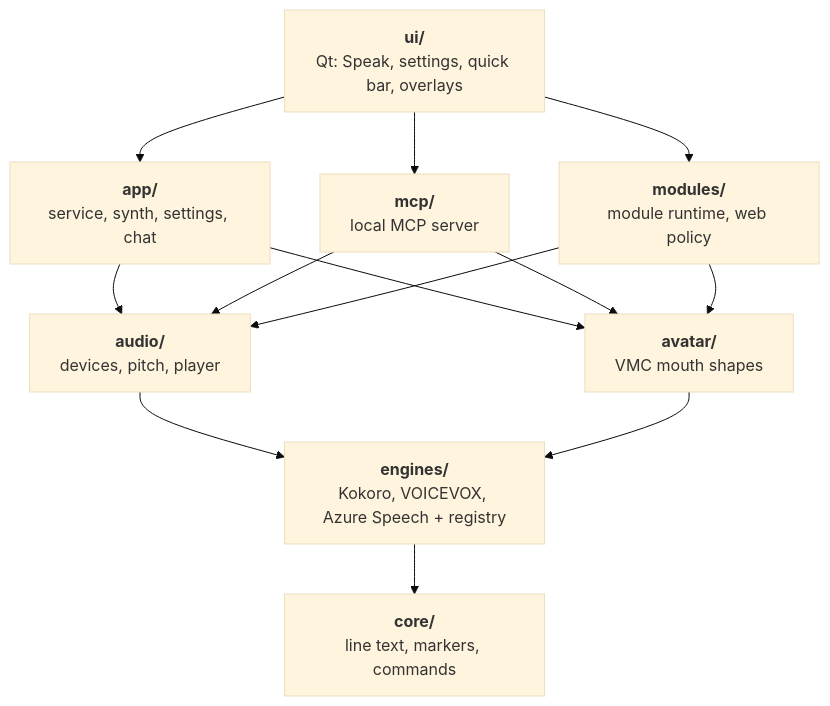
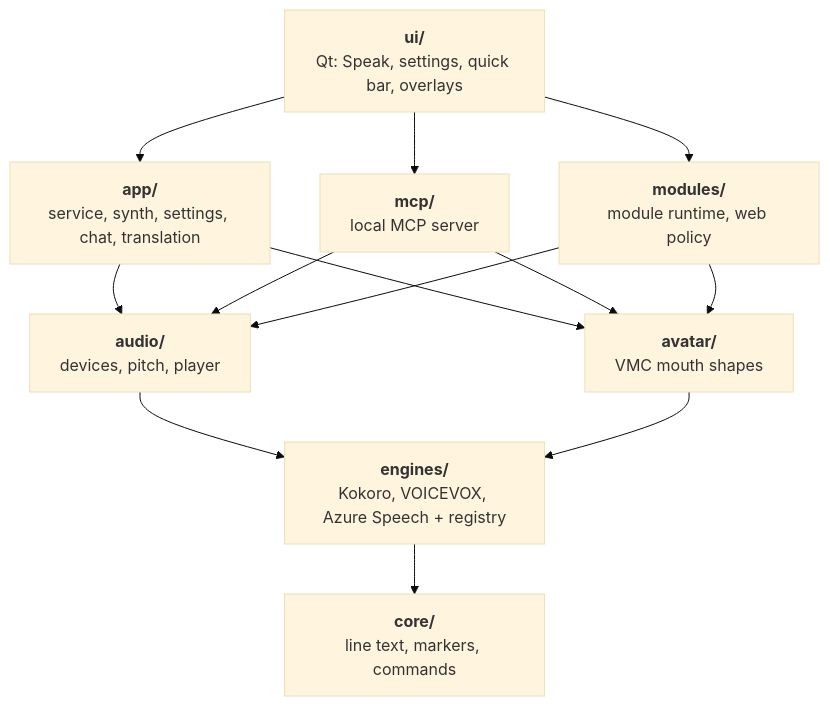
One commit to miramocha/MiraSpeak-docs changed the diagram in architecture/overview.md. Above: the diagram before and after it, drawn with Mermaid (base theme). The commit also changed other lines of this file and 7 other files, not shown here.

````diff
--- a/architecture/overview.md
+++ b/architecture/overview.md
@@ -7,16 +7,16 @@
 ```mermaid
 flowchart TD
     ui["<b>ui/</b><br/>Qt: Speak, settings, quick bar, overlays"]
-    app["<b>app/</b><br/>service, synth, settings, chat"]
+    app["<b>app/</b><br/>service, synth, settings, chat, translation"]
     mcp["<b>mcp/</b><br/>local MCP server"]
     modules["<b>modules/</b><br/>module runtime, web policy"]
     audio["<b>audio/</b><br/>devices, pitch, player"]
     avatar["<b>avatar/</b><br/>VMC mouth shapes"]
     engines["<b>engines/</b><br/>Kokoro, VOICEVOX, Azure Speech + registry"]
     core["<b>core/</b><br/>line text, markers, commands"]
 
     ui --> app & mcp & modules
     app & mcp & modules --> audio & avatar
     audio & avatar --> engines
     engines --> core
 ```
````
